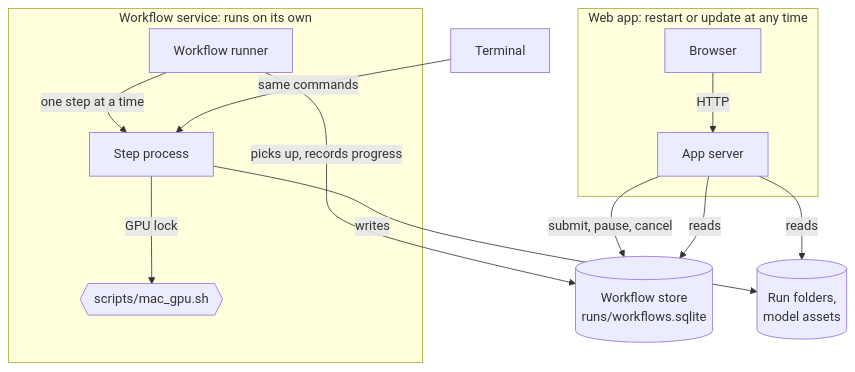
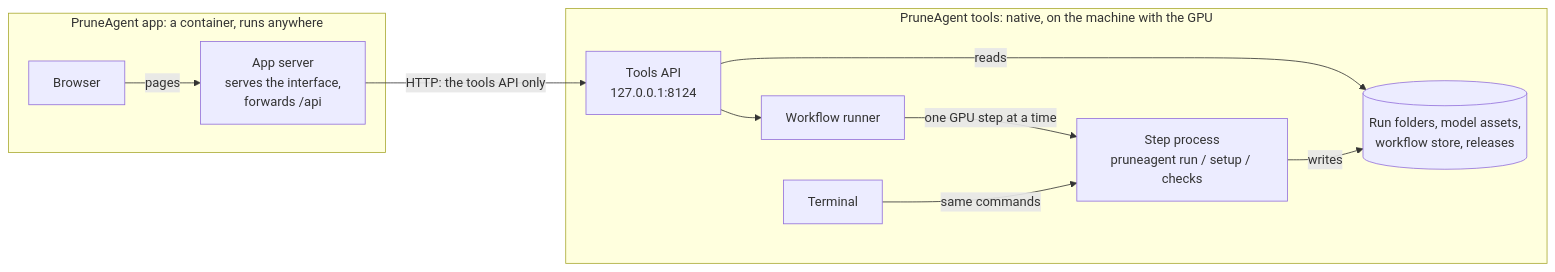
One commit to stephxu96/pruneagent changed the second of 2 diagrams in docs/APP_DESIGN.md. Above: the diagram before and after it, drawn with Mermaid. The commit also changed other lines of this file, not shown here.

Commit message:
App design: tools and app as two products with the tools API as the boundary; the app in a container, the tools native

````diff
--- a/docs/APP_DESIGN.md
+++ b/docs/APP_DESIGN.md
@@ -125,16 +123,14 @@
 ```mermaid
-flowchart TB
-    subgraph App[Web app: restart or update at any time]
-        B[Browser] -- HTTP --> S[App server]
+flowchart LR
+    subgraph AppC[PruneAgent app: a container, runs anywhere]
+        B[Browser] -- pages --> F[App server<br/>serves the interface,<br/>forwards /api]
     end
-    subgraph Worker[Workflow service: runs on its own]
-        WS[Workflow runner] -- one step at a time --> P[Step process]
-        P -- GPU lock --> G{{scripts/mac_gpu.sh}}
+    subgraph Tools[PruneAgent tools: native, on the machine with the GPU]
+        API[Tools API<br/>127.0.0.1:8124] --> WS[Workflow runner]
+        WS -- one GPU step at a time --> P[Step process<br/>pruneagent run / setup / checks]
+        API -- reads --> D[(Run folders, model assets,<br/>workflow store, releases)]
+        P -- writes --> D
+        T[Terminal] -- same commands --> P
     end
-    S -- submit, pause, cancel --> Q[(Workflow store<br/>runs/workflows.sqlite)]
-    WS -- picks up, records progress --> Q
-    S -- reads --> Q
-    S -- reads --> F[(Run folders,<br/>model assets)]
-    P -- writes --> F
-    T[Terminal] -- same commands --> P
+    F -- HTTP: the tools API only --> API
 ```
````
